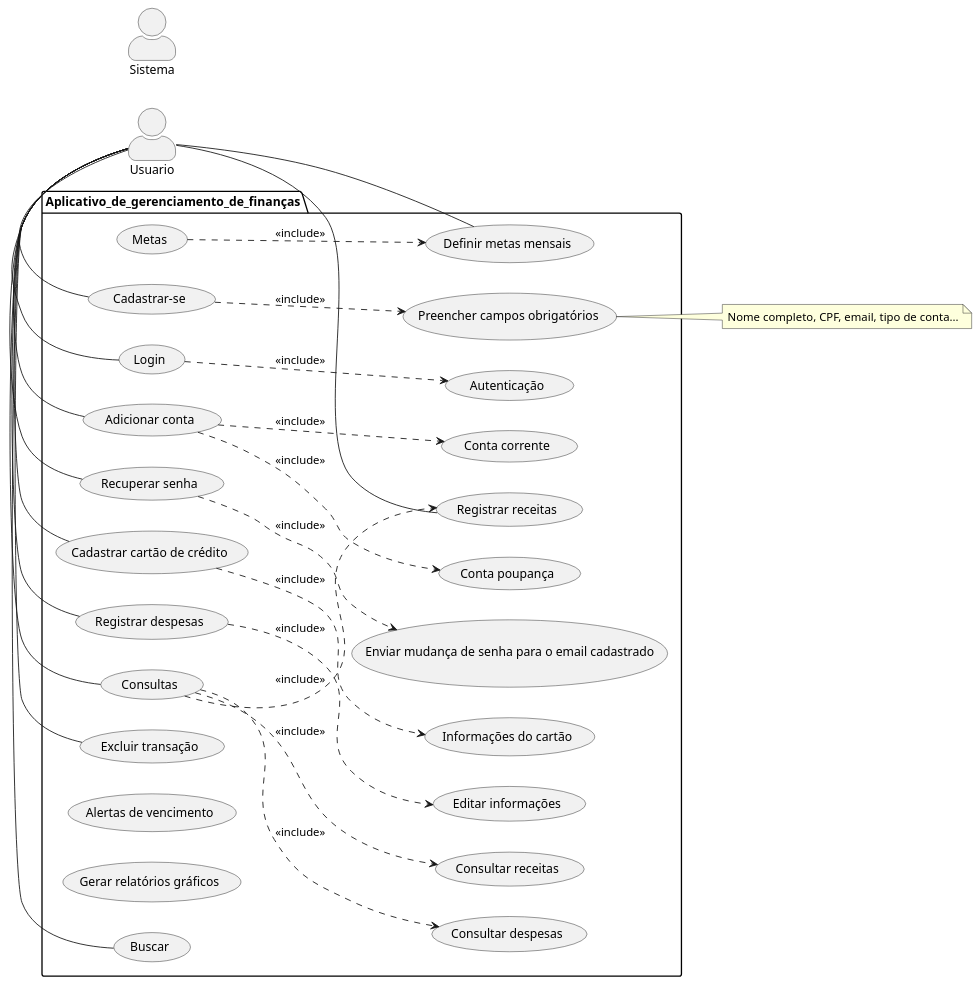
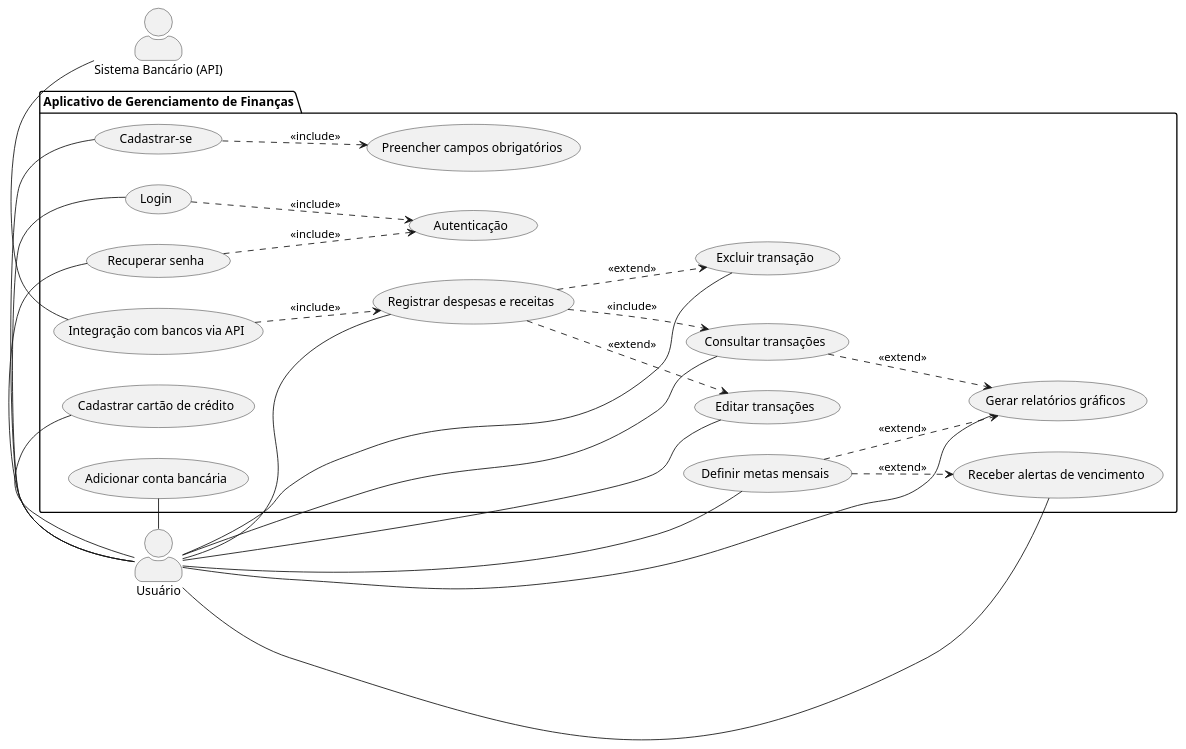
The diagram in diagrams/Diagrama_casos_uso.wsd (ClaraFelix667/finance-manager-a3), drawn with PlantUML before and after one commit.

Commit message:
Organizei o casos de uso e conexoes

```diff
--- a/diagrams/Diagrama_casos_uso.wsd
+++ b/diagrams/Diagrama_casos_uso.wsd
@@ -1,63 +1,55 @@
 @startuml
 left to right direction
 skinparam actorStyle awesome
-actor Usuario as a1
-actor Sistema as a2
-note "Nome completo, CPF, email, tipo de conta..." as N1
 
-/'UCS -> Sistema
-  UC -> Usuario'/
-package Aplicativo_de_gerenciamento_de_finanças {
+actor "Usuário" as a1
+actor "Sistema Bancário (API)" as a2
+
+package "Aplicativo de Gerenciamento de Finanças" {
     usecase "Cadastrar-se" as UC1
     usecase "Login" as UC2
-    usecase "Adicionar conta" as UC3
-    usecase "Conta poupança" as UC4
-    usecase "Conta corrente" as UC9
-    usecase "Preencher campos obrigatórios" as UC5
-    usecase "Recuperar senha" as UC6
-    usecase "Autenticação" as UCS1
+    usecase "Preencher campos obrigatórios" as UC3
+    usecase "Recuperar senha" as UC4
+    usecase "Autenticação" as UC5
+    usecase "Adicionar conta bancária" as UC6
     usecase "Cadastrar cartão de crédito" as UC7
-    usecase "Informações do cartão" as UC8
-    usecase "Alertas de vencimento" as UCS2
-    usecase "Gerar relatórios gráficos" as UCS3
-    usecase "Enviar mudança de senha para o email cadastrado" as UCS4
-    usecase "Registrar despesas" as UC11
-    usecase "Editar informações" as UC12
-    usecase "Consultas" as UC13
-    usecase "Consultar despesas" as UC14
-    usecase "Consultar receitas" as UC15
-    usecase "Registrar receitas" as UC16
-    usecase "Metas" as UC17
-    usecase "Definir metas mensais" as UC18
-    usecase "Buscar" as UC19
-    usecase "Excluir transação" as UC20
+    usecase "Registrar despesas e receitas" as UC8
+    usecase "Editar transações" as UC9
+    usecase "Excluir transação" as UC10
+    usecase "Consultar transações" as UC11
+    usecase "Definir metas mensais" as UC12
+    usecase "Gerar relatórios gráficos" as UC13
+    usecase "Receber alertas de vencimento" as UC14
+    usecase "Integração com bancos via API" as UC15
 }
 
+' Conexões com Usuário
 a1 - UC1
 a1 - UC2
-a1 - UC3
+a1 - UC4
 a1 - UC6
 a1 - UC7
+a1 - UC8
+a1 - UC9
+a1 - UC10
 a1 - UC11
+a1 - UC12
 a1 - UC13
-a1 - UC16
-a1 - UC18
-a1 - UC19
-a1 - UC20
+a1 - UC14
 
+' Conexão com sistema bancário
+a2 - UC15
 
+' Relações entre casos de uso
+UC1 ..> UC3 : <<include>>
+UC2 ..> UC5 : <<include>>
+UC4 ..> UC5 : <<include>>
+UC8 ..> UC9 : <<extend>>
+UC8 ..> UC10 : <<extend>>
+UC8 ..> UC11 : <<include>>
+UC11 ..> UC13 : <<extend>>
+UC12 ..> UC13 : <<extend>>
+UC12 ..> UC14 : <<extend>>
+UC15 ..> UC8 : <<include>>
 
-/'Interacoes'/
-UC1 ..> UC5:<<include>>
-UC2 ..> UCS1:<<include>>
-UC3 ..> UC4:<<include>>
-UC3 ..> UC9:<<include>>
-UC7 ..> UC8:<<include>>
-UC5 .. N1
-UC6 ..> UCS4: <<include>>
-UC11 ..> UC12:<<include>>
-UC13 ..>UC14:<<include>>
-UC13 ..>UC15:<<include>>
-UC13 ..>UC16:<<include>>
-UC17 ..>UC18:<<include>>
 @enduml
```
